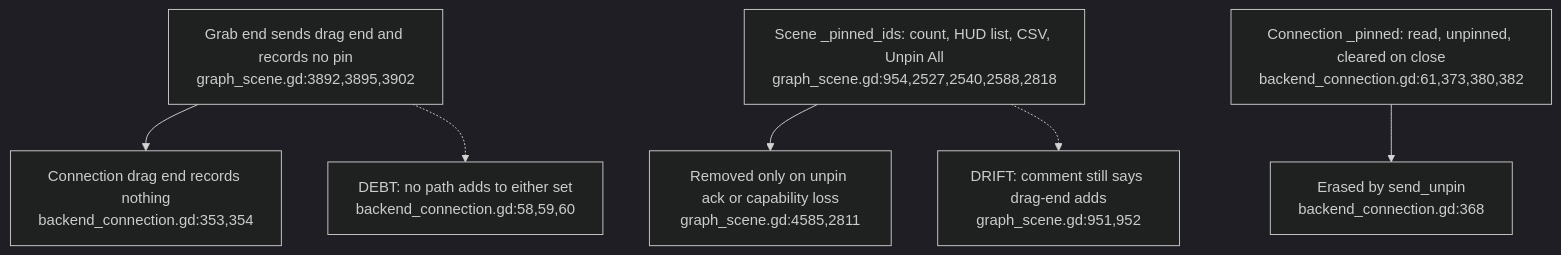
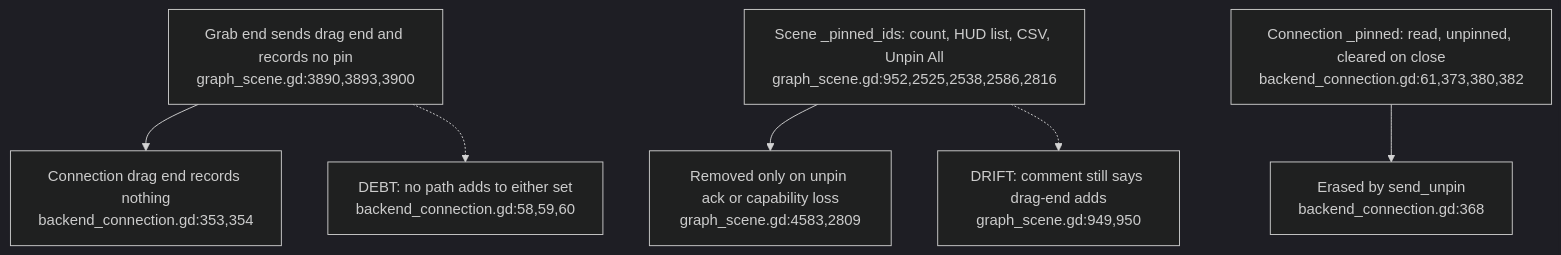
One commit to DreamLab-AI/VisionFlow changed the sixth of 6 diagrams in docs/diagrams/visionclaw/53-xr-grab-lifetimes-and-input.md. Above: the diagram before and after it, drawn with Mermaid (dark theme). The commit also changed other lines of this file and 6 other files, not shown here.

First line of the commit message:
diagrams(visionclaw): re-verify VC-51..57 at visionclaw 4900ec60

````diff
--- a/docs/diagrams/visionclaw/53-xr-grab-lifetimes-and-input.md
+++ b/docs/diagrams/visionclaw/53-xr-grab-lifetimes-and-input.md
@@ -94,8 +94,8 @@
 ```mermaid
 flowchart TD
-    END["Grab end sends drag end and records no pin<br/>graph_scene.gd:3892,3895,3902"] --> CONN["Connection drag end records nothing<br/>backend_connection.gd:353,354"]
-    SCENE["Scene _pinned_ids: count, HUD list, CSV, Unpin All<br/>graph_scene.gd:954,2527,2540,2588,2818"] --> ACK["Removed only on unpin ack or capability loss<br/>graph_scene.gd:4585,2811"]
+    END["Grab end sends drag end and records no pin<br/>graph_scene.gd:3890,3893,3900"] --> CONN["Connection drag end records nothing<br/>backend_connection.gd:353,354"]
+    SCENE["Scene _pinned_ids: count, HUD list, CSV, Unpin All<br/>graph_scene.gd:952,2525,2538,2586,2816"] --> ACK["Removed only on unpin ack or capability loss<br/>graph_scene.gd:4583,2809"]
     CONNSET["Connection _pinned: read, unpinned, cleared on close<br/>backend_connection.gd:61,373,380,382"] --> ACK2["Erased by send_unpin<br/>backend_connection.gd:368"]
     END -.-> D1["DEBT: no path adds to either set<br/>backend_connection.gd:58,59,60"]
-    SCENE -.-> D2["DRIFT: comment still says drag-end adds<br/>graph_scene.gd:951,952"]
+    SCENE -.-> D2["DRIFT: comment still says drag-end adds<br/>graph_scene.gd:949,950"]
 ```
````
